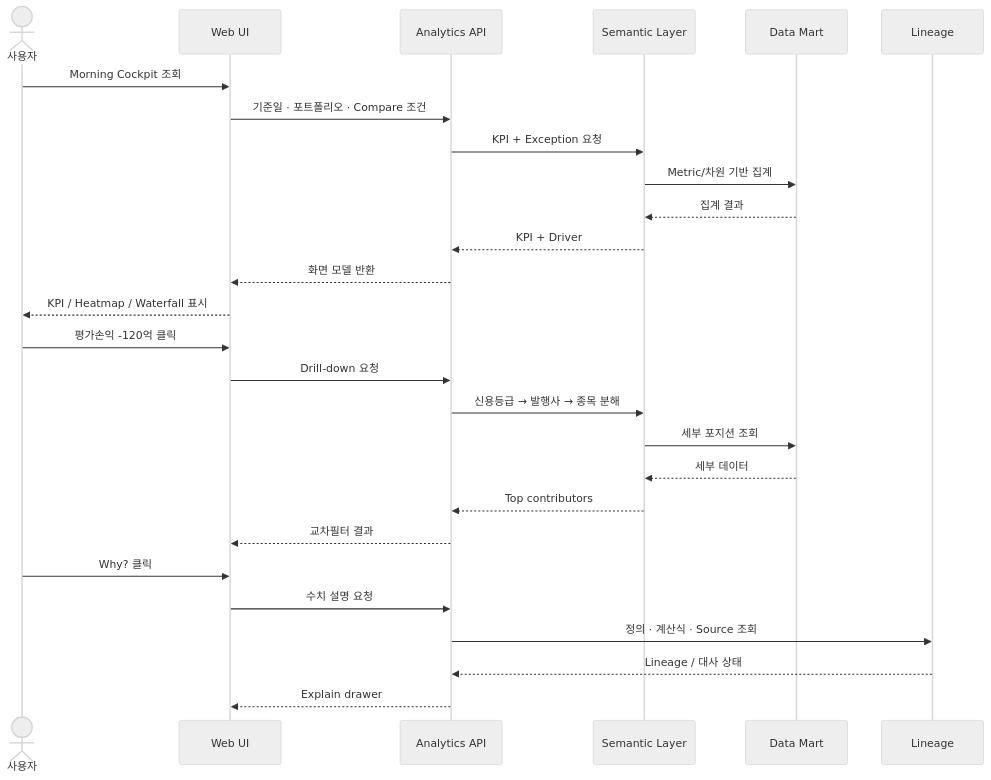
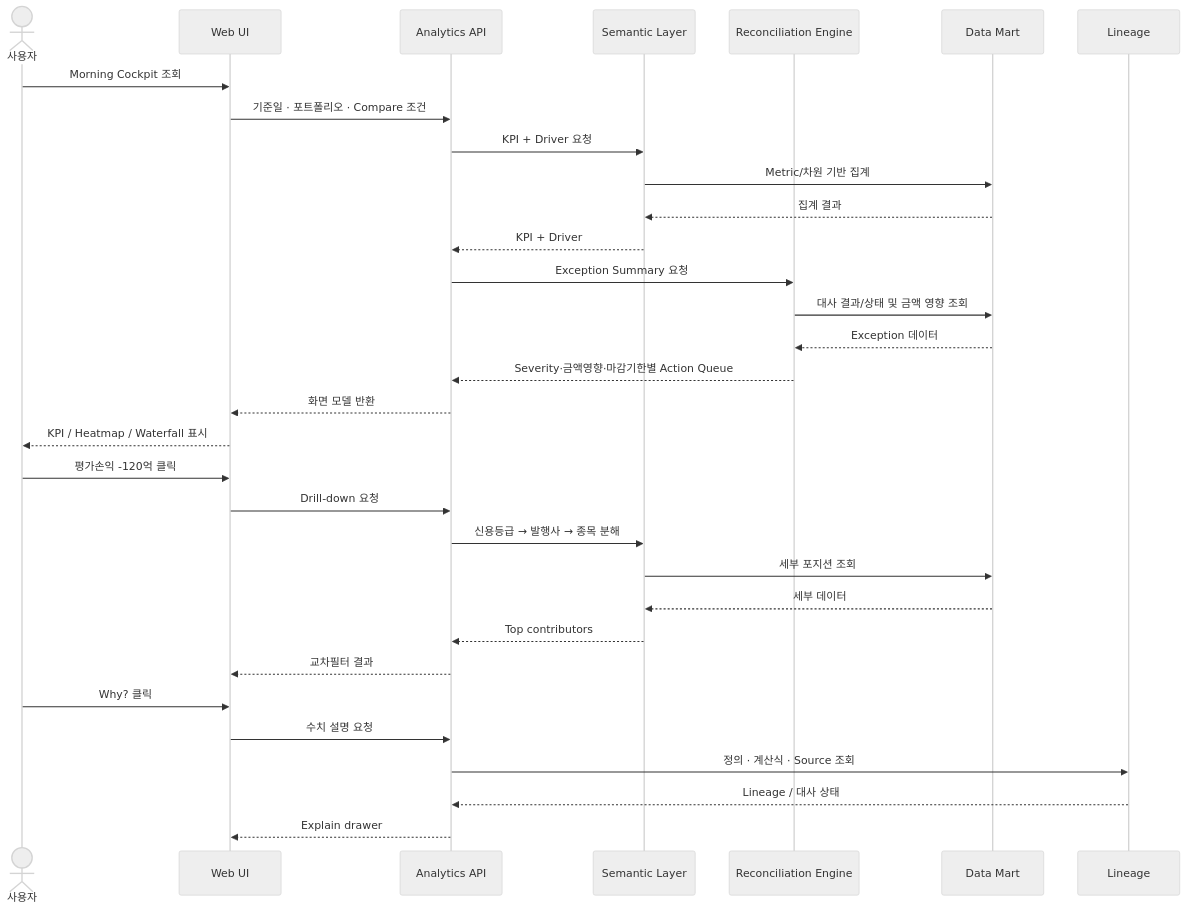
Before and after one commit to HideOnHouse/bondb: the third of 5 diagrams in docs/design-document.md, drawn with Mermaid (neutral theme). The commit also changed other lines of this file and 1 other file, not shown here.

````diff
--- a/docs/design-document.md
+++ b/docs/design-document.md
@@ -287,32 +287,37 @@
 ```mermaid
 sequenceDiagram
     actor U as 사용자
     participant UI as Web UI
     participant API as Analytics API
     participant SEM as Semantic Layer
+    participant REC as Reconciliation Engine
     participant DM as Data Mart
     participant LIN as Lineage
 
     U->>UI: Morning Cockpit 조회
     UI->>API: 기준일 · 포트폴리오 · Compare 조건
-    API->>SEM: KPI + Exception 요청
+    API->>SEM: KPI + Driver 요청
     SEM->>DM: Metric/차원 기반 집계
     DM-->>SEM: 집계 결과
     SEM-->>API: KPI + Driver
+    API->>REC: Exception Summary 요청
+    REC->>DM: 대사 결과/상태 및 금액 영향 조회
+    DM-->>REC: Exception 데이터
+    REC-->>API: Severity·금액영향·마감기한별 Action Queue
     API-->>UI: 화면 모델 반환
     UI-->>U: KPI / Heatmap / Waterfall 표시
 
     U->>UI: 평가손익 -120억 클릭
     UI->>API: Drill-down 요청
     API->>SEM: 신용등급 → 발행사 → 종목 분해
     SEM->>DM: 세부 포지션 조회
     DM-->>SEM: 세부 데이터
     SEM-->>API: Top contributors
     API-->>UI: 교차필터 결과
 
     U->>UI: Why? 클릭
     UI->>API: 수치 설명 요청
     API->>LIN: 정의 · 계산식 · Source 조회
     LIN-->>API: Lineage / 대사 상태
     API-->>UI: Explain drawer
 ```
````
